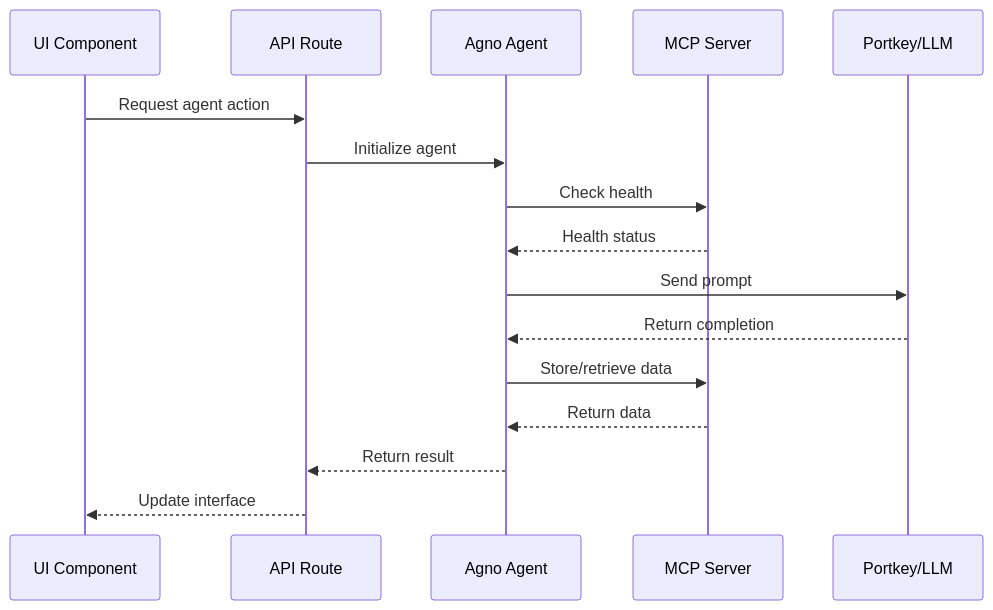
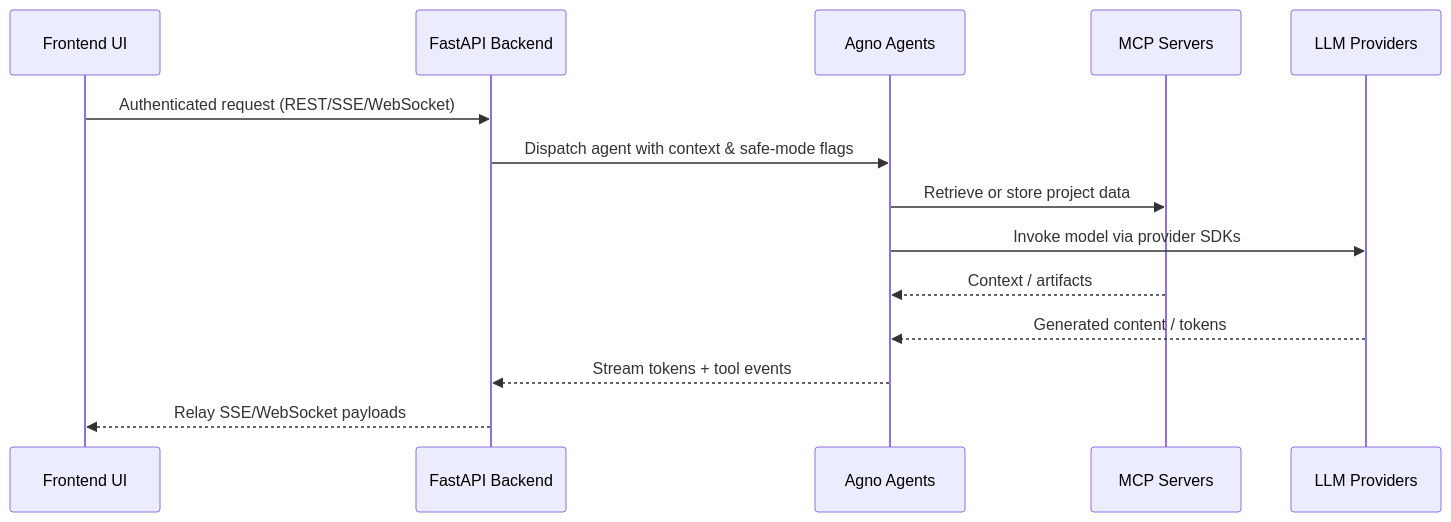
The diagram in ARCHITECTURE.md (ai-cherry/workbench-ui), drawn with Mermaid before and after one commit. The commit also changed other lines of this file and 26 other files, not shown here.

````diff
--- a/ARCHITECTURE.md
+++ b/ARCHITECTURE.md
@@ -56,19 +70,17 @@
 ```mermaid
 sequenceDiagram
-    participant UI as UI Component
-    participant API as API Route
-    participant Agent as Agno Agent
-    participant MCP as MCP Server
-    participant LLM as Portkey/LLM
-    
-    UI->>API: Request agent action
-    API->>Agent: Initialize agent
-    Agent->>MCP: Check health
-    MCP-->>Agent: Health status
-    Agent->>LLM: Send prompt
-    LLM-->>Agent: Return completion
-    Agent->>MCP: Store/retrieve data
-    MCP-->>Agent: Return data
-    Agent-->>API: Return result
-    API-->>UI: Update interface
+    participant UI as Frontend UI
+    participant API as FastAPI Backend
+    participant Agent as Agno Agents
+    participant MCP as MCP Servers
+    participant LLM as LLM Providers
+
+    UI->>API: Authenticated request (REST/SSE/WebSocket)
+    API->>Agent: Dispatch agent with context & safe-mode flags
+    Agent->>MCP: Retrieve or store project data
+    Agent->>LLM: Invoke model via provider SDKs
+    MCP-->>Agent: Context / artifacts
+    LLM-->>Agent: Generated content / tokens
+    Agent-->>API: Stream tokens + tool events
+    API-->>UI: Relay SSE/WebSocket payloads
 ```
````
